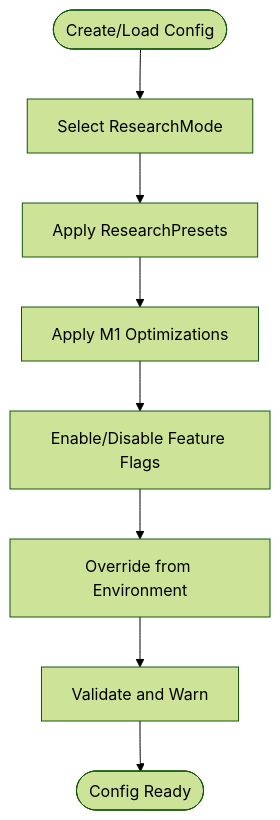
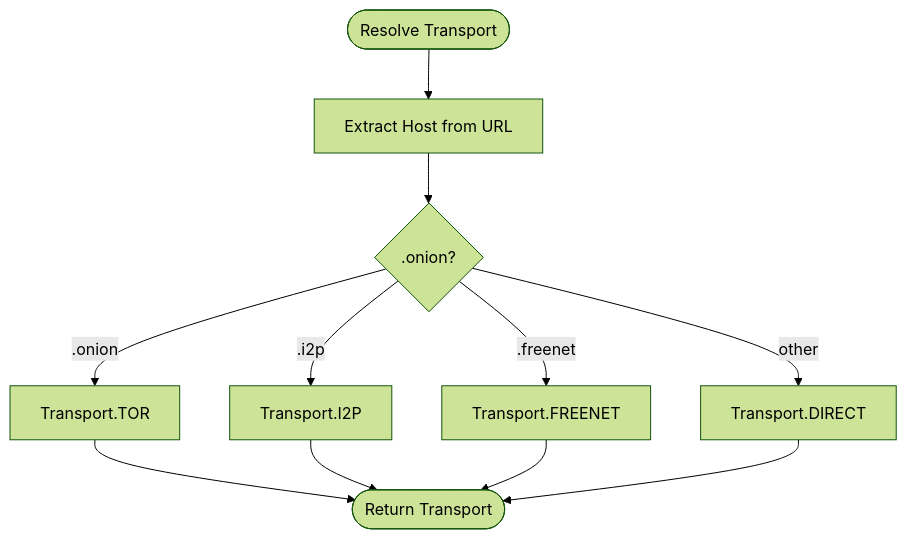
One commit to Hamulda/hledac-universal changed the fifth of 10 diagrams in .qoder/repowiki/en/content/Project Overview/Project Overview.md. Above: the diagram before and after it, drawn with Mermaid (forest theme). The commit also changed other lines of this file and 236 other files, not shown here.

````diff
--- a/.qoder/repowiki/en/content/Project Overview/Project Overview.md
+++ b/.qoder/repowiki/en/content/Project Overview/Project Overview.md
@@ -197,10 +273,13 @@
 ```mermaid
 flowchart TD
-Start(["Create/Load Config"]) --> Mode["Select ResearchMode"]
-Mode --> Preset["Apply ResearchPresets"]
-Preset --> M1["Apply M1 Optimizations"]
-M1 --> Flags["Enable/Disable Feature Flags"]
-Flags --> Env["Override from Environment"]
-Env --> Validate["Validate and Warn"]
-Validate --> Done(["Config Ready"])
+Start(["Resolve Transport"]) --> Extract["Extract Host from URL"]
+Extract --> CheckOnion{".onion?"}
+CheckOnion --> |.onion| TOR["Transport.TOR"]
+CheckOnion --> |.i2p| I2P["Transport.I2P"]
+CheckOnion --> |.freenet| Freenet["Transport.FREENET"]
+CheckOnion --> |other| DIRECT["Transport.DIRECT"]
+TOR --> End(["Return Transport"])
+I2P --> End
+Freenet --> End
+DIRECT --> End
 ```
````
